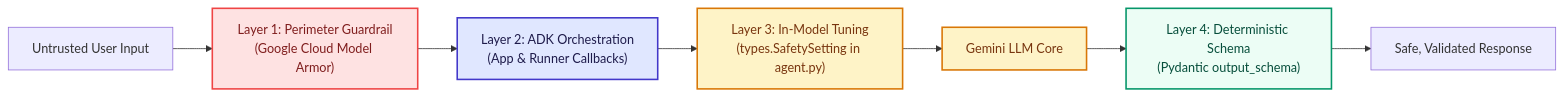
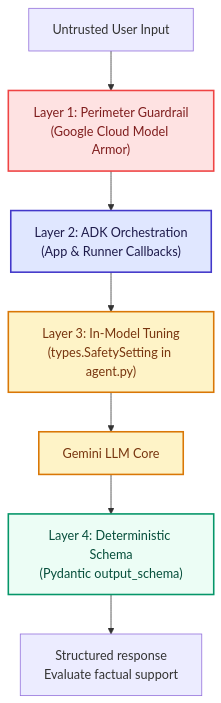
One commit to inderanz/google-adk-training changed the third of 3 diagrams in training/module06_5-programmatic-execution/README.md. Above: the diagram before and after it, drawn with Mermaid. The commit also changed other lines of this file and 382 other files, not shown here.

````diff
--- a/training/module06_5-programmatic-execution/README.md
+++ b/training/module06_5-programmatic-execution/README.md
@@ -239,19 +259,19 @@
 ```mermaid
-flowchart LR
+flowchart TB
     User["Untrusted User Input"] --> Layer1["Layer 1: Perimeter Guardrail\n(Google Cloud Model Armor)"]
     Layer1 --> Layer2["Layer 2: ADK Orchestration\n(App & Runner Callbacks)"]
     Layer2 --> Layer3["Layer 3: In-Model Tuning\n(types.SafetySetting in agent.py)"]
     Layer3 --> LLM["Gemini LLM Core"]
     LLM --> Layer4["Layer 4: Deterministic Schema\n(Pydantic output_schema)"]
-    Layer4 --> Response["Safe, Validated Response"]
+    Layer4 --> Response["Structured response<br/>Evaluate factual support"]
 
     classDef perimeter fill:#fee2e2,stroke:#ef4444,stroke-width:2px,color:#7f1d1d;
     classDef app fill:#e0e7ff,stroke:#4338ca,stroke-width:2px,color:#1e1b4b;
     classDef model fill:#fef3c7,stroke:#d97706,stroke-width:2px,color:#78350f;
     classDef output fill:#ecfdf5,stroke:#059669,stroke-width:2px,color:#064e3b;
 
     class Layer1 perimeter;
     class Layer2 app;
     class Layer3,LLM model;
     class Layer4 output;
 ```
````
